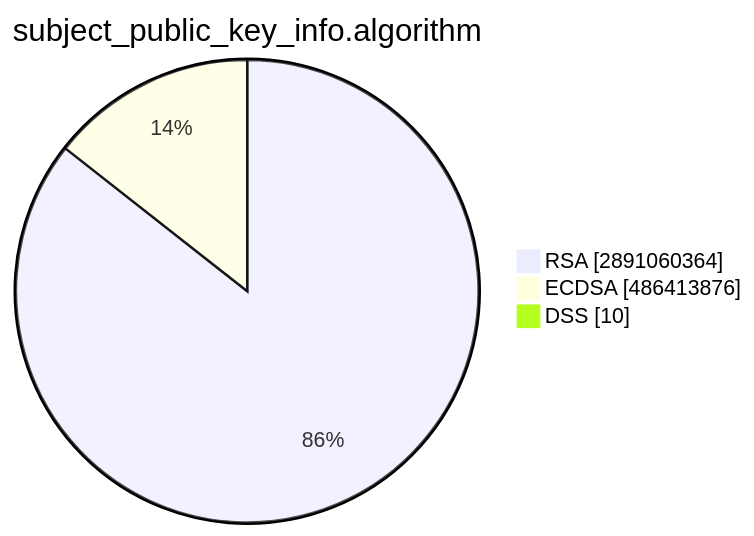
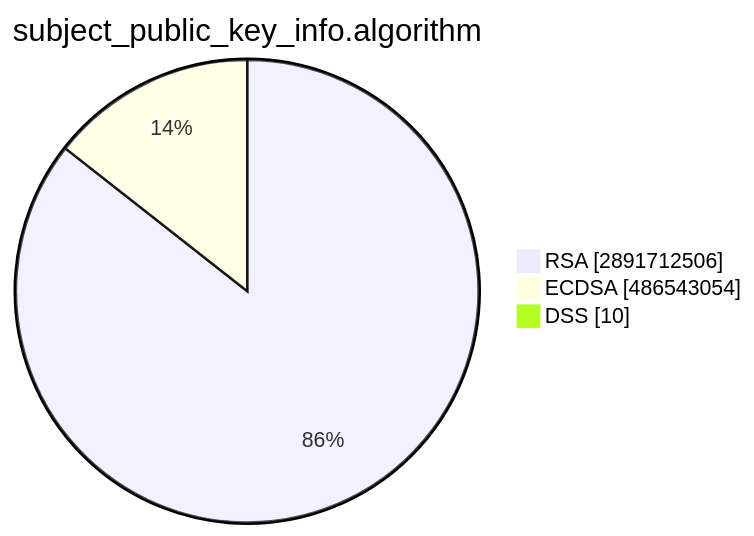
One commit to christiankrug/ctmonitor_visualization changed the second of 15 diagrams in TOTAL/README.md. Above: the diagram before and after it, drawn with Mermaid. The commit also changed other lines of this file, not shown here.

````diff
--- a/TOTAL/README.md
+++ b/TOTAL/README.md
@@ -6,7 +6,7 @@
 ```mermaid
 pie showData
 title subject_public_key_info.algorithm
-"RSA" :2891060364
-"ECDSA" :486413876
+"RSA" :2891712506
+"ECDSA" :486543054
 "DSS" :10
 ```
````
